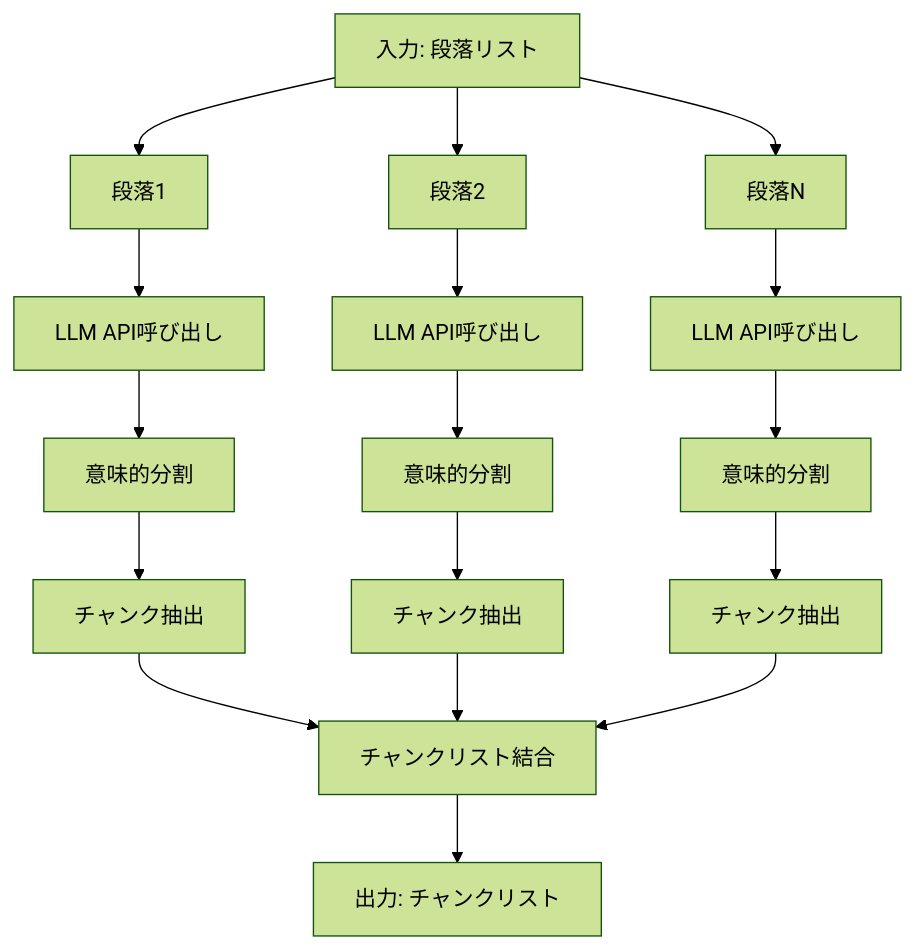
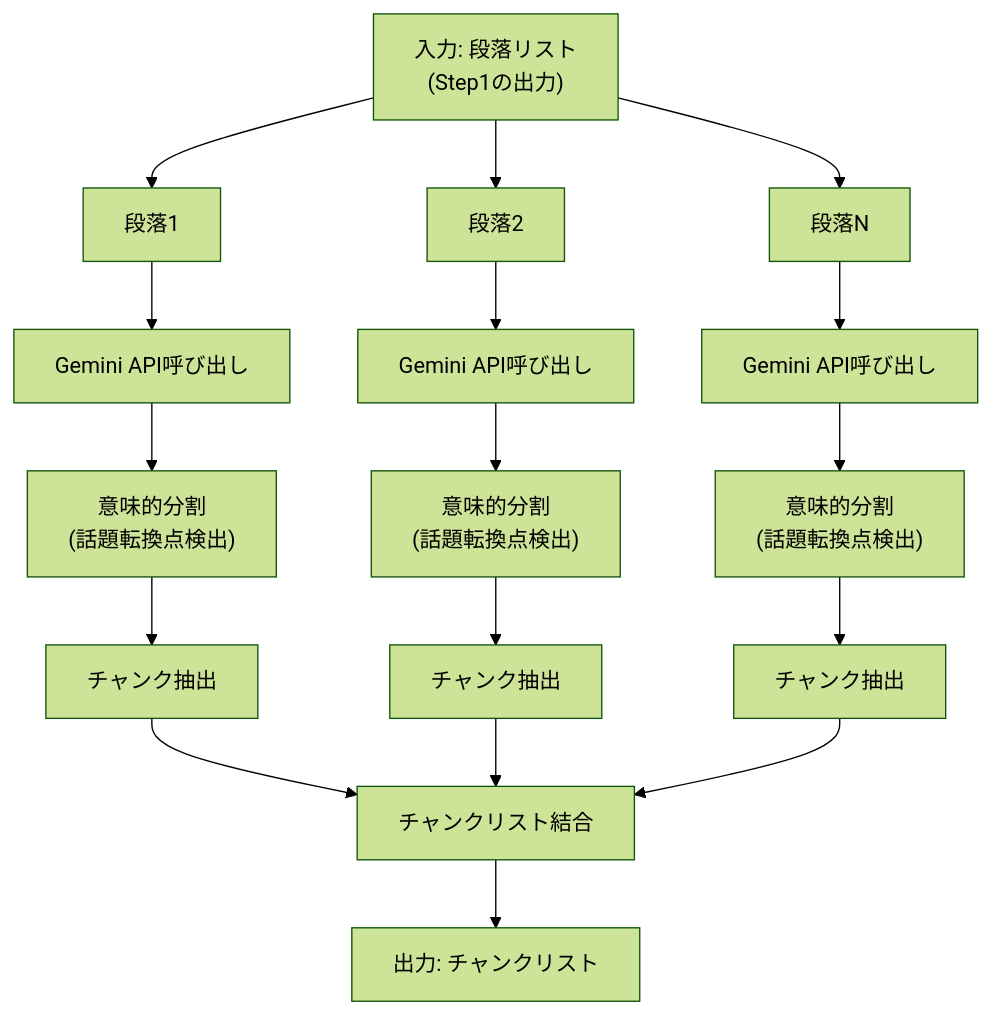
The third of 5 diagrams in chunking/doc/step2.md (nakashima2toshio/gemini_grace_agent), drawn with Mermaid (forest theme) before and after one commit. The commit also changed other lines of this file and 134 other files, not shown here.

````diff
--- a/chunking/doc/step2.md
+++ b/chunking/doc/step2.md
@@ -72,24 +146,24 @@
 ```mermaid
-graph TD
-    A[入力: 段落リスト] --> B[段落1]
-    A --> C[段落2]
-    A --> D[段落N]
+flowchart TB
+    A["入力: 段落リスト<br/>(Step1の出力)"] --> B["段落1"]
+    A --> C["段落2"]
+    A --> D["段落N"]
 
-    B --> E[LLM API呼び出し]
-    C --> F[LLM API呼び出し]
-    D --> G[LLM API呼び出し]
+    B --> E["Gemini API呼び出し"]
+    C --> F["Gemini API呼び出し"]
+    D --> G["Gemini API呼び出し"]
 
-    E --> H[意味的分割]
-    F --> I[意味的分割]
-    G --> J[意味的分割]
+    E --> H["意味的分割<br/>(話題転換点検出)"]
+    F --> I["意味的分割<br/>(話題転換点検出)"]
+    G --> J["意味的分割<br/>(話題転換点検出)"]
 
-    H --> K[チャンク抽出]
-    I --> L[チャンク抽出]
-    J --> M[チャンク抽出]
+    H --> K["チャンク抽出"]
+    I --> L["チャンク抽出"]
+    J --> M["チャンク抽出"]
 
-    K --> N[チャンクリスト結合]
+    K --> N["チャンクリスト結合"]
     L --> N
     M --> N
 
-    N --> O[出力: チャンクリスト]
+    N --> O["出力: チャンクリスト"]
 ```
````
